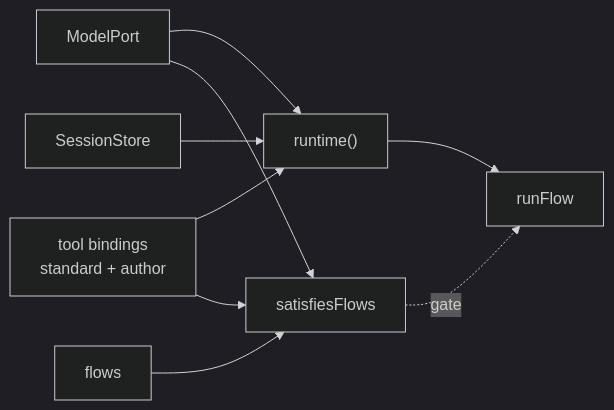
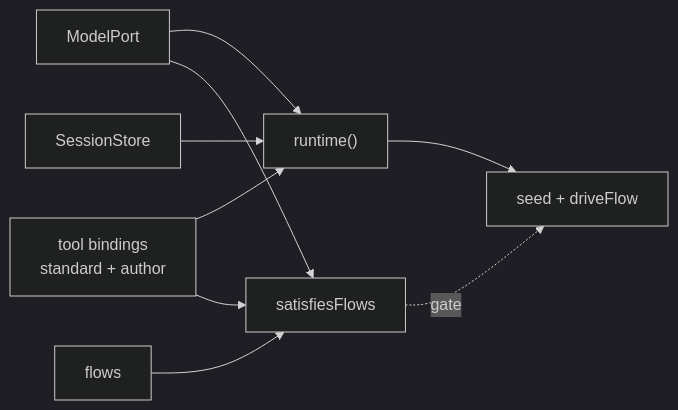
One commit to nicolaei/behalf changed the fourth of 6 diagrams in docs/reference.md. Above: the diagram before and after it, drawn with Mermaid (dark theme). The commit also changed other lines of this file and 37 other files, not shown here.

First line of the commit message:
docs: migrate off runFlow — seed + driveFlow, and spawnAgent for sub-agents

````diff
--- a/docs/reference.md
+++ b/docs/reference.md
@@ -601,11 +626,11 @@
 ```mermaid
 flowchart LR
   ModelPort["ModelPort"] --> Runtime["runtime()"]
   ToolBindings["tool bindings<br/>standard + author"] --> Runtime
   Store["SessionStore"] --> Runtime
-  Runtime --> RunFlow["runFlow"]
+  Runtime --> RunFlow["seed + driveFlow"]
   Flows["flows"] --> Check["satisfiesFlows"]
   ModelPort --> Check
   ToolBindings --> Check
   Check -.->|"gate"| RunFlow
 ```
````
